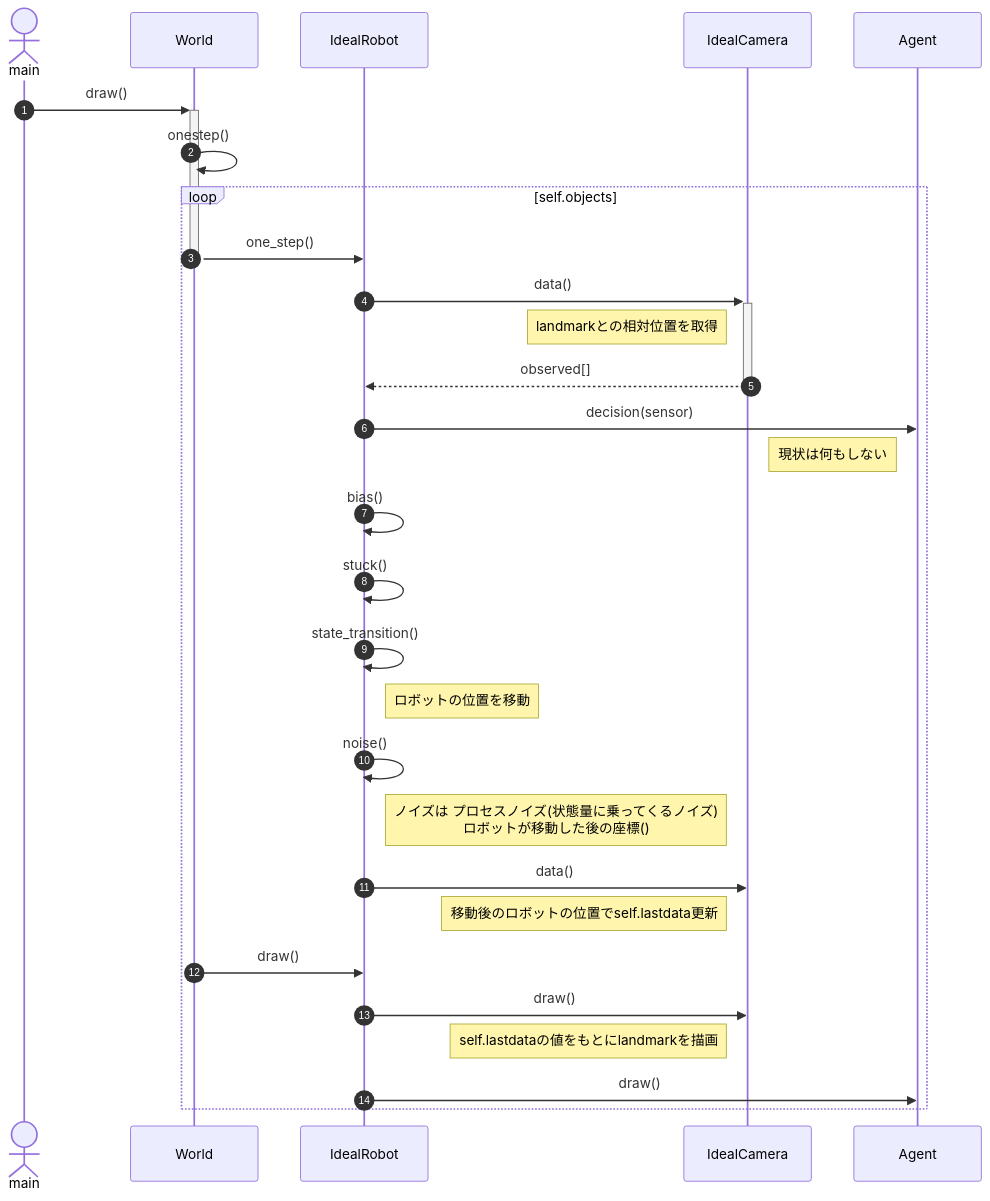
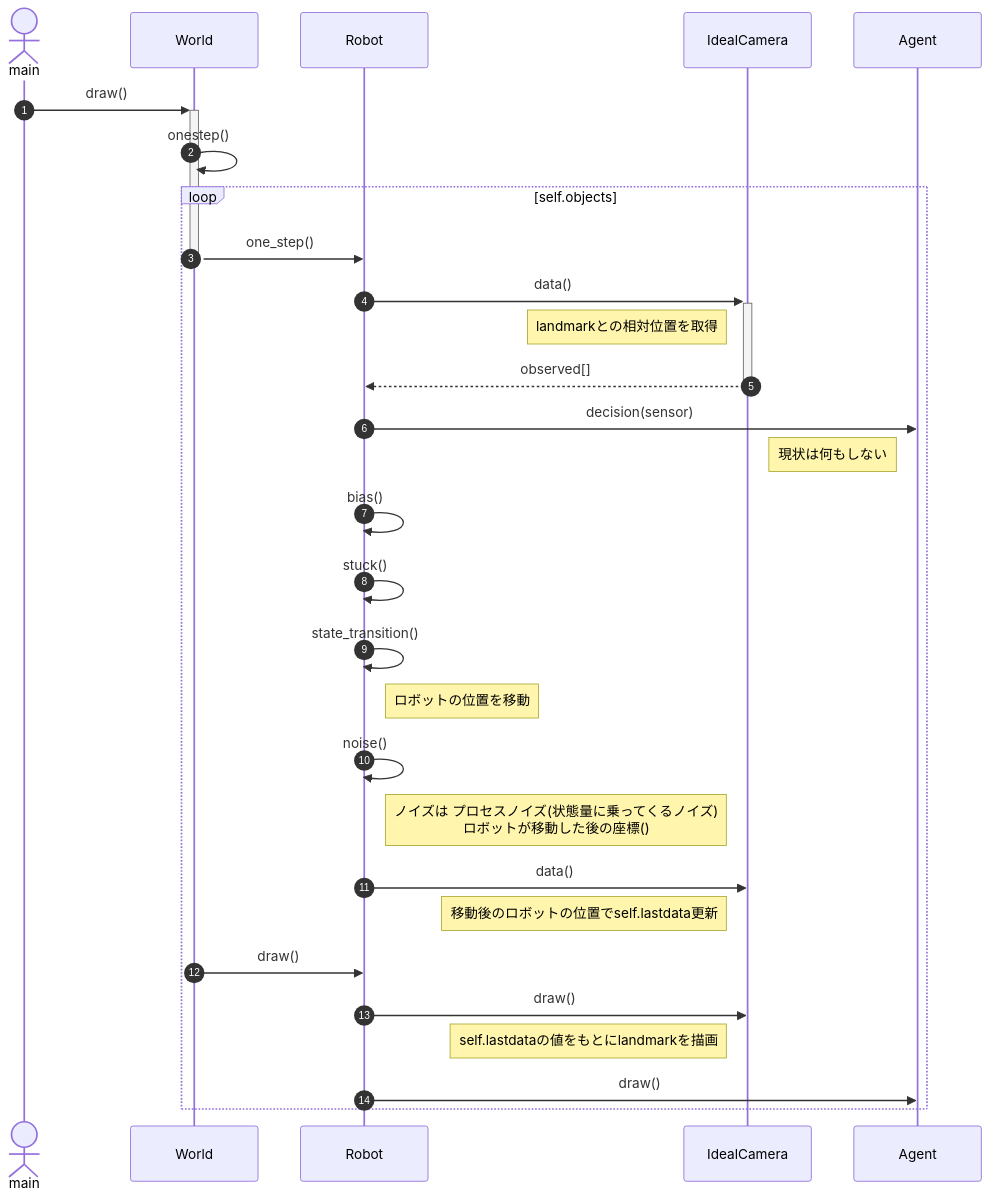
Before and after one commit to shuhei23/probabilistic-robotics-answer-book-shakyo: the diagram in section_uncertainty/sequence.md, drawn with Mermaid. The commit also changed 1 other file, not shown here.

Commit message:
4.2.4 誘拐

````diff
--- a/section_uncertainty/sequence.md
+++ b/section_uncertainty/sequence.md
@@ -2,32 +2,32 @@
 ```mermaid
 sequenceDiagram
     autonumber
     actor main
     participant world as World
-    participant robot as IdealRobot
+    participant robot as Robot
     participant sensor as IdealCamera
     participant agent as Agent
     main->>+world: draw()
     world->>world: onestep()
     loop self.objects
         world->>-robot: one_step()
         robot->>+sensor: data()
         Note left of sensor: landmarkとの相対位置を取得
         sensor-->>-robot: observed[]
         robot->>agent: decision(sensor)
         Note left of agent: 現状は何もしない
         robot->>robot: bias()
         robot->>robot: stuck()
         robot->>robot: state_transition()
         Note right of robot: ロボットの位置を移動
         robot->>robot: noise()
         Note right of robot: ノイズは プロセスノイズ(状態量に乗ってくるノイズ)<br>ロボットが移動した後の座標()
         robot->>sensor: data()
         Note left of sensor: 移動後のロボットの位置でself.lastdata更新
         world->>robot: draw()
         robot->>sensor: draw()
         Note left of sensor: self.lastdataの値をもとにlandmarkを描画
         robot->>agent: draw()
     end
 
 ```
````
